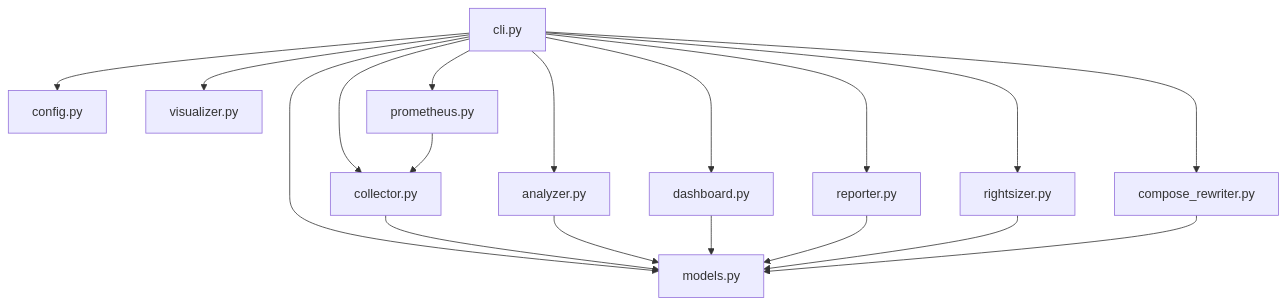
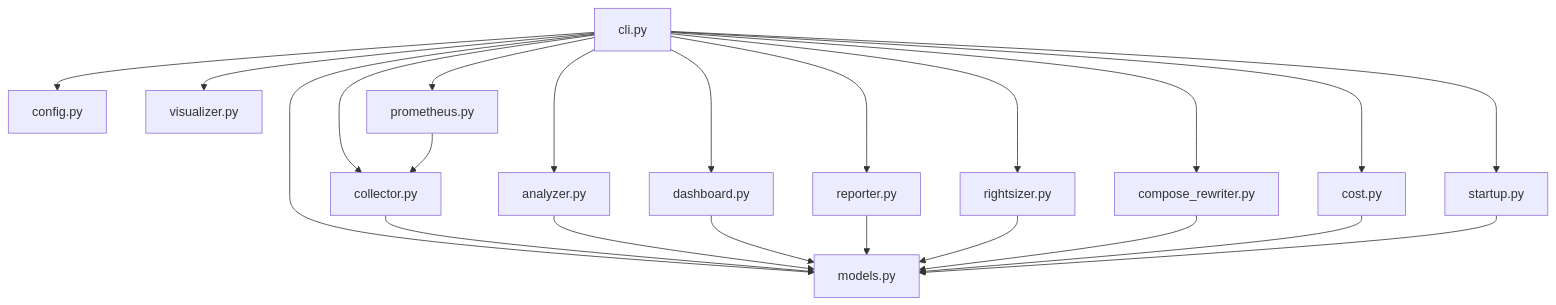
One commit to hariharanragothaman/dockpulse changed the second of 3 diagrams in README.md. Above: the diagram before and after it, drawn with Mermaid. The commit also changed other lines of this file and 11 other files, not shown here.

First line of the commit message:
feat: add Grafana dashboards, cloud cost estimation, and startup profiling

````diff
--- a/README.md
+++ b/README.md
@@ -263,32 +329,38 @@
 ```mermaid
 flowchart TD
     CLI["cli.py"]
     Collector["collector.py"]
     AnalyzerMod["analyzer.py"]
     Models["models.py"]
     Config["config.py"]
     DashboardMod["dashboard.py"]
     ReporterMod["reporter.py"]
     RightSizerMod["rightsizer.py"]
     ComposeRewriterMod["compose_rewriter.py"]
     VisualizerMod["visualizer.py"]
     PrometheusMod["prometheus.py"]
+    CostMod["cost.py"]
+    StartupMod["startup.py"]
 
     CLI --> Collector
     CLI --> AnalyzerMod
     CLI --> DashboardMod
     CLI --> ReporterMod
     CLI --> RightSizerMod
     CLI --> ComposeRewriterMod
     CLI --> VisualizerMod
     CLI --> PrometheusMod
+    CLI --> CostMod
+    CLI --> StartupMod
     CLI --> Config
     CLI --> Models
     Collector --> Models
     AnalyzerMod --> Models
     DashboardMod --> Models
     ReporterMod --> Models
     RightSizerMod --> Models
     ComposeRewriterMod --> Models
+    CostMod --> Models
+    StartupMod --> Models
     PrometheusMod --> Collector
 ```
````
